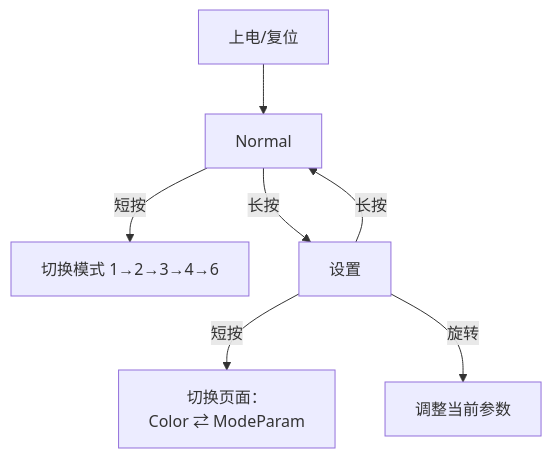
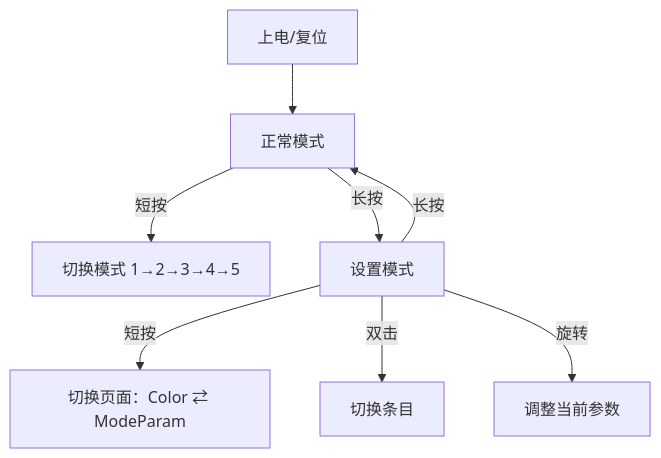
Before and after one commit to ryujou/nichirin: the diagram in README.md, drawn with Mermaid. The commit also changed other lines of this file and 83 other files, not shown here.

````diff
--- a/README.md
+++ b/README.md
@@ -207,10 +213,10 @@
 ```mermaid
 flowchart TD
-  A[上电/复位] --> B[Normal]
-  B -->|短按| B1[切换模式 1→2→3→4→6]
-  B -->|长按| C[设置]
-  C -->|短按| C1[切换页面：
-  Color ⇄ ModeParam]
+  A[上电/复位] --> B[正常模式]
+  B -->|短按| B1[切换模式 1→2→3→4→5]
+  B -->|长按| C[设置模式]
+  C -->|短按| C1[切换页面：Color ⇄ ModeParam]
+  C -->|双击| C2[切换条目]
   C -->|旋转| C3[调整当前参数]
   C -->|长按| B
 ```
````
